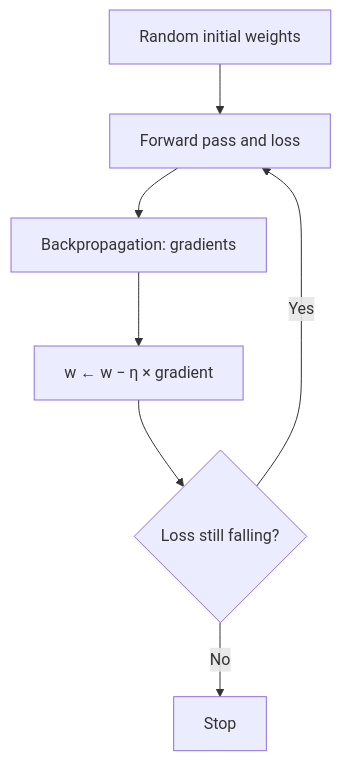
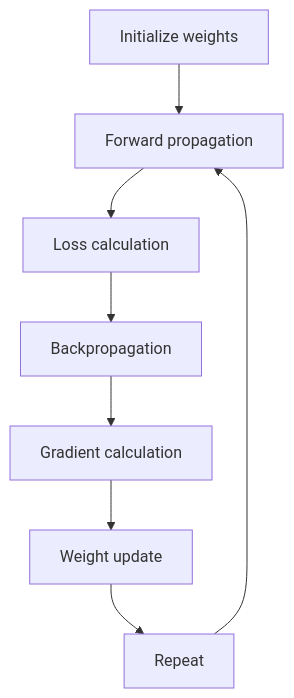
The diagram in content/deep-learning/pyq/2025-05/q2a.hi.mdx (TrendySloth1001/sem-seven-notes), drawn with Mermaid before and after one commit. The commit also changed other lines of this file and 254 other files, not shown here.

Commit message:
Rewrite the backpropagation, gradient descent, regularization and autoencoder notes and their 29 answers from the teachers' class files. They use 185 teacher figures with class-notes citations only, and correct the AdaGrad, RMSProp, Nesterov and batch-norm numbers on the slides.

````diff
--- a/content/deep-learning/pyq/2025-05/q2a.hi.mdx
+++ b/content/deep-learning/pyq/2025-05/q2a.hi.mdx
@@ -25,10 +9,11 @@
 ```mermaid
-%% caption: Gradient descent ka loop jisse neural network train hota hai. Notice karo ki ye loop tab tak chalta hai jab tak loss girta rahe.
+%% caption: Gradient descent ka working flow: har pass weights ko neeche le jaata hai.
 flowchart TD
-  A["Random initial weights"] --> B["Forward pass and loss"]
-  B --> C["Backpropagation: gradients"]
-  C --> D["w ← w − η × gradient"]
-  D --> E{"Loss still falling?"}
-  E -- "Yes" --> B
-  E -- "No" --> F["Stop"]
+  A["Initialize weights"] --> B["Forward propagation"]
+  B --> C["Loss calculation"]
+  C --> D["Backpropagation"]
+  D --> E["Gradient calculation"]
+  E --> F["Weight update"]
+  F --> G["Repeat"]
+  G --> B
 ```
````
